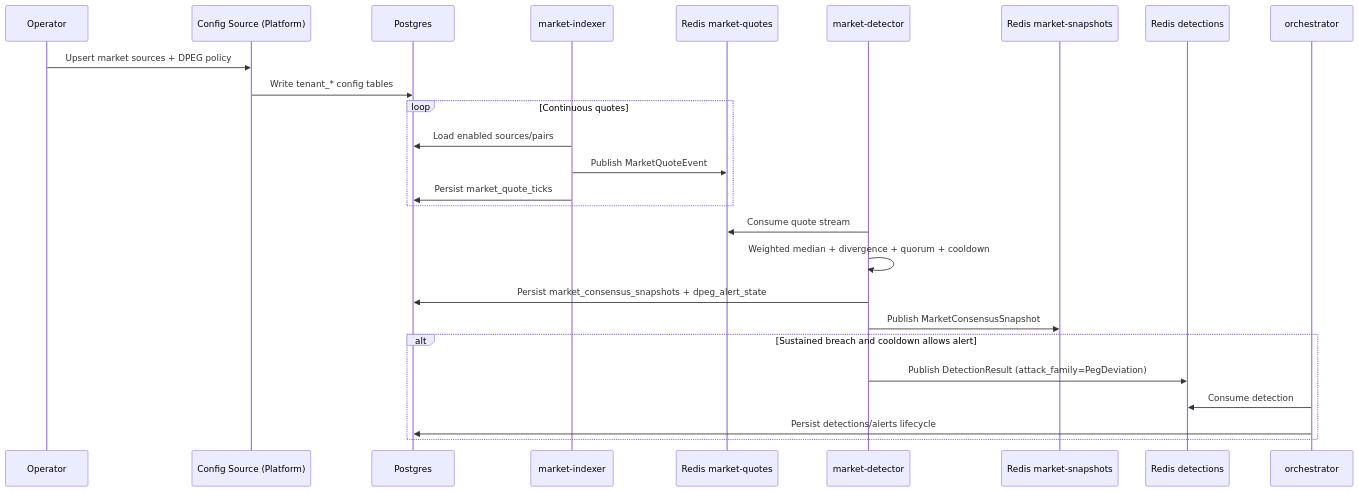
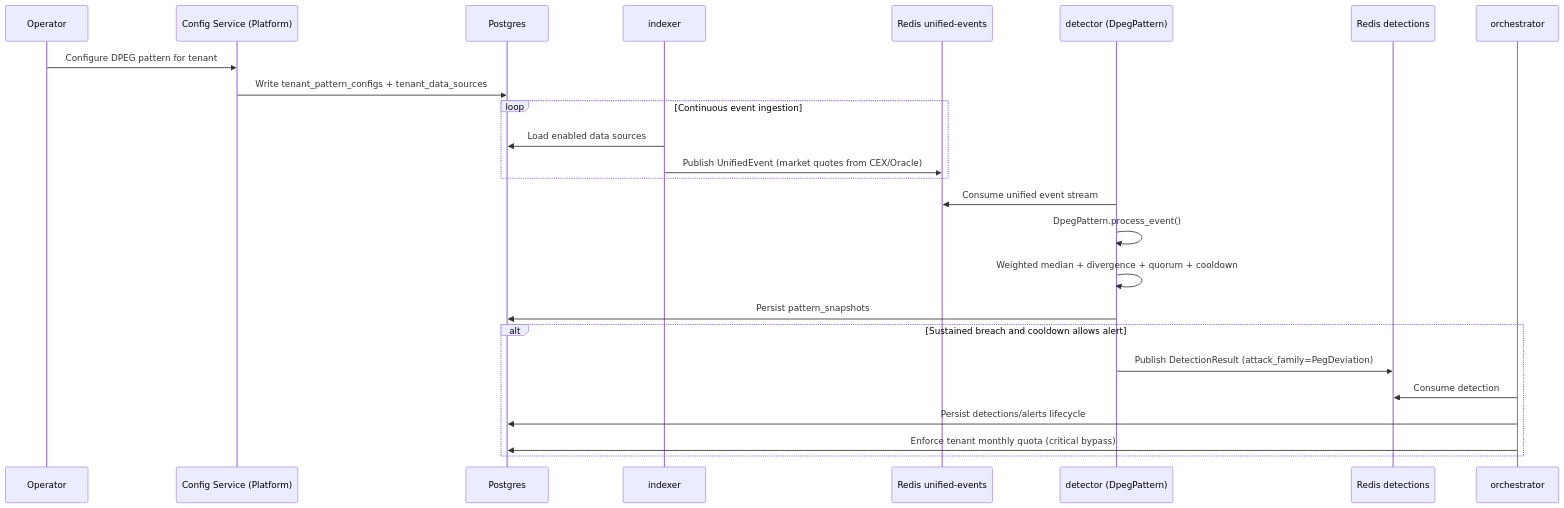
Before and after one commit to raksha-labs/raksha-core: the diagram in docs/SCENARIO_DOLLAR_DEPEG_ALERT.md, drawn with Mermaid. The commit also changed other lines of this file and 107 other files, not shown here.

First line of the commit message:
DPEG full alert end to end (#3)

````diff
--- a/docs/SCENARIO_DOLLAR_DEPEG_ALERT.md
+++ b/docs/SCENARIO_DOLLAR_DEPEG_ALERT.md
@@ -28,32 +33,31 @@
 ```mermaid
 sequenceDiagram
   participant Ops as Operator
-  participant CFG as Config Source (Platform)
+  participant CFG as Config Service (Platform)
   participant DB as Postgres
-  participant MIDX as market-indexer
-  participant MQ as Redis market-quotes
-  participant MDET as market-detector
-  participant MS as Redis market-snapshots
+  participant IDX as indexer
+  participant UNIFIED as Redis unified-events
+  participant DET as detector (DpegPattern)
   participant DETS as Redis detections
   participant ORCH as orchestrator
 
-  Ops->>CFG: Upsert market sources + DPEG policy
-  CFG->>DB: Write tenant_* config tables
+  Ops->>CFG: Configure DPEG pattern for tenant
+  CFG->>DB: Write tenant_pattern_configs + tenant_data_sources
 
-  loop Continuous quotes
-    MIDX->>DB: Load enabled sources/pairs
-    MIDX->>MQ: Publish MarketQuoteEvent
-    MIDX->>DB: Persist market_quote_ticks
+  loop Continuous event ingestion
+    IDX->>DB: Load enabled data sources
+    IDX->>UNIFIED: Publish UnifiedEvent (market quotes from CEX/Oracle)
   end
 
-  MDET->>MQ: Consume quote stream
-  MDET->>MDET: Weighted median + divergence + quorum + cooldown
-  MDET->>DB: Persist market_consensus_snapshots + dpeg_alert_state
-  MDET->>MS: Publish MarketConsensusSnapshot
+  DET->>UNIFIED: Consume unified event stream
+  DET->>DET: DpegPattern.process_event()
+  DET->>DET: Weighted median + divergence + quorum + cooldown
+  DET->>DB: Persist pattern_snapshots
 
   alt Sustained breach and cooldown allows alert
-    MDET->>DETS: Publish DetectionResult (attack_family=PegDeviation)
+    DET->>DETS: Publish DetectionResult (attack_family=PegDeviation)
     ORCH->>DETS: Consume detection
     ORCH->>DB: Persist detections/alerts lifecycle
+    ORCH->>DB: Enforce tenant monthly quota (critical bypass)
   end
 ```
````
